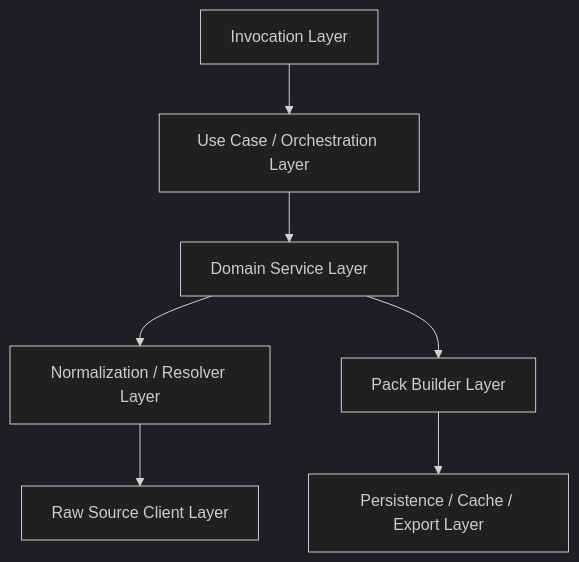
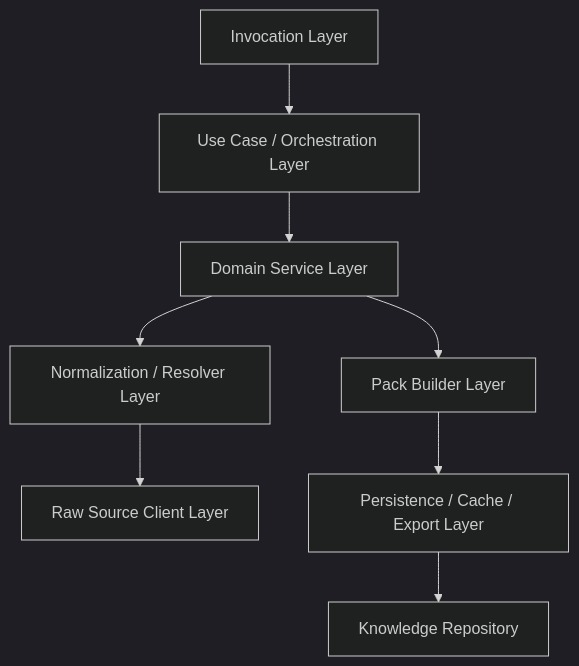
Before and after one commit to wrd233/tingyun: the second of 2 diagrams in tingyun_adapter/adapter_project_architecture.md, drawn with Mermaid (dark theme). The commit also changed other lines of this file and 9 other files, not shown here.

````diff
--- a/tingyun_adapter/adapter_project_architecture.md
+++ b/tingyun_adapter/adapter_project_architecture.md
@@ -182,9 +188,10 @@
 ```mermaid
 flowchart TB
     A["Invocation Layer"] --> B["Use Case / Orchestration Layer"]
     B --> C["Domain Service Layer"]
     C --> D["Normalization / Resolver Layer"]
     D --> E["Raw Source Client Layer"]
     C --> F["Pack Builder Layer"]
     F --> G["Persistence / Cache / Export Layer"]
+    G --> H["Knowledge Repository"]
 ```
````
